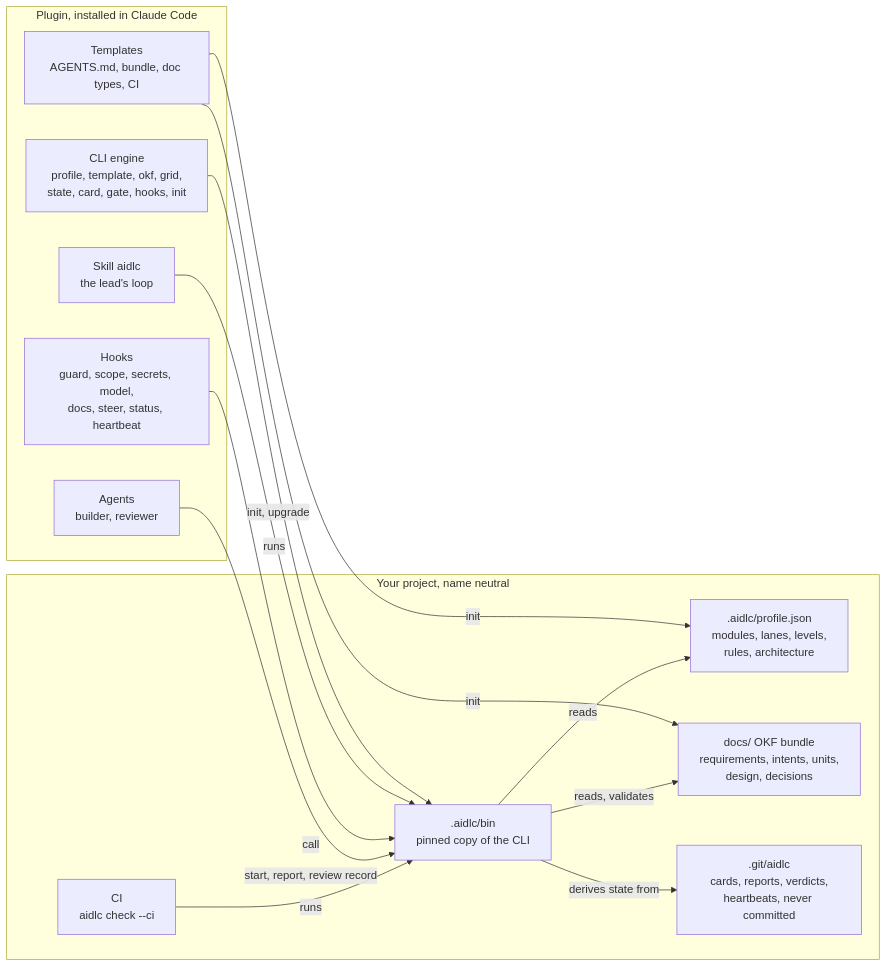
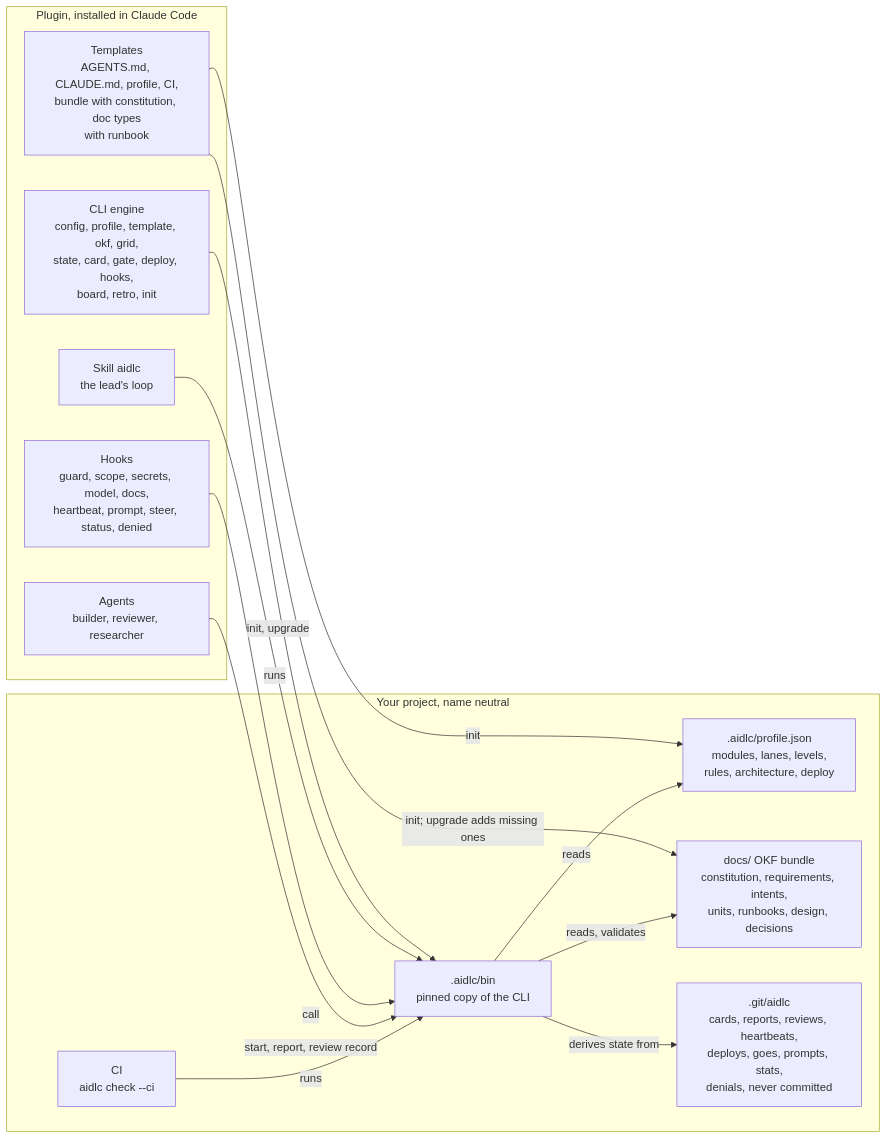
Before and after one commit to Scrollout/aidlc-team-plugin: the second of 2 diagrams in README.md, drawn with Mermaid. The commit also changed other lines of this file and 6 other files, not shown here.

````diff
--- a/README.md
+++ b/README.md
@@ -63,29 +76,29 @@
 ```mermaid
 flowchart LR
   subgraph plugin["Plugin, installed in Claude Code"]
     skill["Skill aidlc<br/>the lead's loop"]
-    agents["Agents<br/>builder, reviewer"]
-    hooks["Hooks<br/>guard, scope, secrets, model,<br/>docs, steer, status, heartbeat"]
-    cli["CLI engine<br/>profile, template, okf, grid,<br/>state, card, gate, hooks, init"]
-    templates["Templates<br/>AGENTS.md, bundle, doc types, CI"]
+    agents["Agents<br/>builder, reviewer, researcher"]
+    hooks["Hooks<br/>guard, scope, secrets, model, docs,<br/>heartbeat, prompt, steer, status, denied"]
+    cli["CLI engine<br/>config, profile, template, okf, grid,<br/>state, card, gate, deploy, hooks,<br/>board, retro, init"]
+    templates["Templates<br/>AGENTS.md, CLAUDE.md, profile, CI,<br/>bundle with constitution, doc types<br/>with runbook"]
   end
 
   subgraph project["Your project, name neutral"]
-    profile[".aidlc/profile.json<br/>modules, lanes, levels,<br/>rules, architecture"]
+    profile[".aidlc/profile.json<br/>modules, lanes, levels,<br/>rules, architecture, deploy"]
     bin[".aidlc/bin<br/>pinned copy of the CLI"]
-    docs["docs/ OKF bundle<br/>requirements, intents, units,<br/>design, decisions"]
-    runtime[".git/aidlc<br/>cards, reports, verdicts,<br/>heartbeats, never committed"]
+    docs["docs/ OKF bundle<br/>constitution, requirements, intents,<br/>units, runbooks, design, decisions"]
+    runtime[".git/aidlc<br/>cards, reports, reviews, heartbeats,<br/>deploys, goes, prompts, stats,<br/>denials, never committed"]
     ci["CI<br/>aidlc check --ci"]
   end
 
   templates -- "init" --> profile
-  templates -- "init" --> docs
+  templates -- "init; upgrade adds missing ones" --> docs
   cli -- "init, upgrade" --> bin
   skill -- "runs" --> bin
   hooks -- "call" --> bin
   agents -- "start, report, review record" --> bin
   ci -- "runs" --> bin
   bin -- "reads, validates" --> docs
   bin -- "reads" --> profile
   bin -- "derives state from" --> runtime
 ```
````
